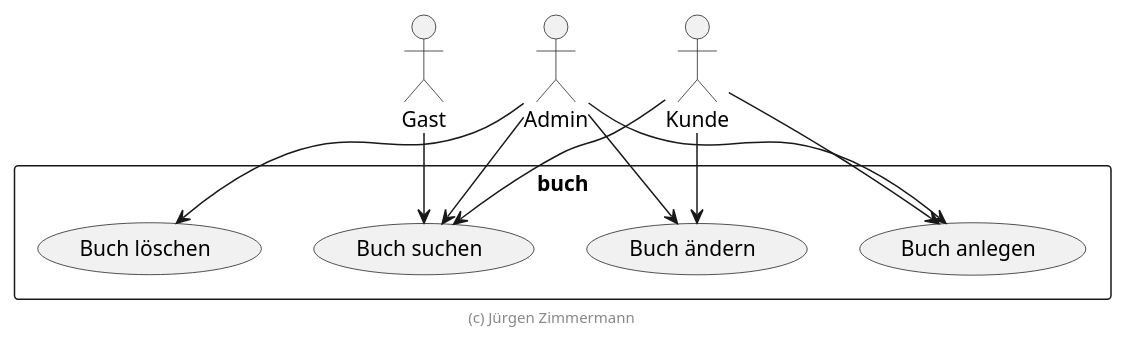
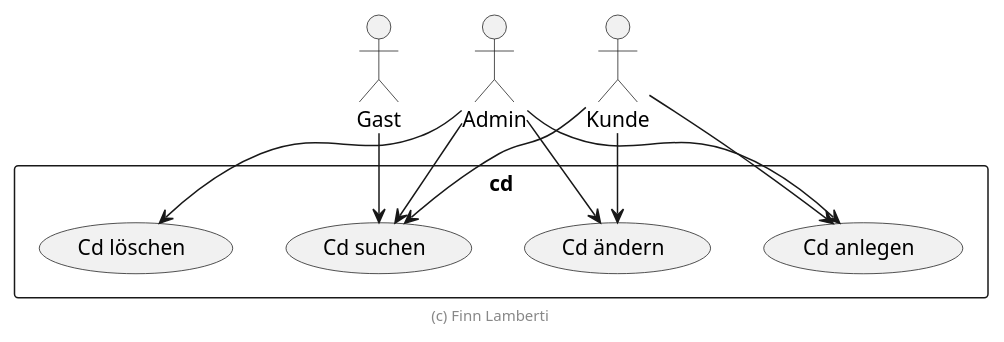
The diagram in .extras/doc/projekthandbuch/use-cases.plantuml (lafi1011/cd), drawn with PlantUML before and after one commit. The commit also changed other lines of this file and 27 other files, not shown here.

```diff
--- a/.extras/doc/projekthandbuch/use-cases.plantuml
+++ b/.extras/doc/projekthandbuch/use-cases.plantuml
@@ -18,20 +1,20 @@
 @startuml Use Cases
 
 actor Gast
 actor Admin
 actor Kunde
 
-rectangle buch {
-    Gast --> (Buch suchen)
-    Admin --> (Buch suchen)
-    Admin --> (Buch anlegen)
-    Admin --> (Buch ändern)
-    Admin --> (Buch löschen)
-    Kunde --> (Buch suchen)
-    Kunde --> (Buch anlegen)
-    Kunde --> (Buch ändern)
+rectangle cd {
+    Gast --> (Cd suchen)
+    Admin --> (Cd suchen)
+    Admin --> (Cd anlegen)
+    Admin --> (Cd ändern)
+    Admin --> (Cd löschen)
+    Kunde --> (Cd suchen)
+    Kunde --> (Cd anlegen)
+    Kunde --> (Cd ändern)
 }
 
-footer (c) Jürgen Zimmermann
+footer (c) Finn Lamberti
 
 @enduml
```
